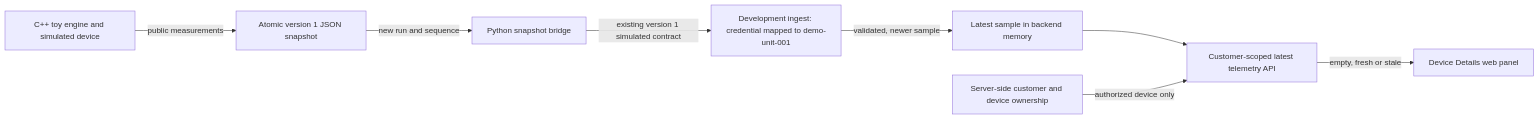
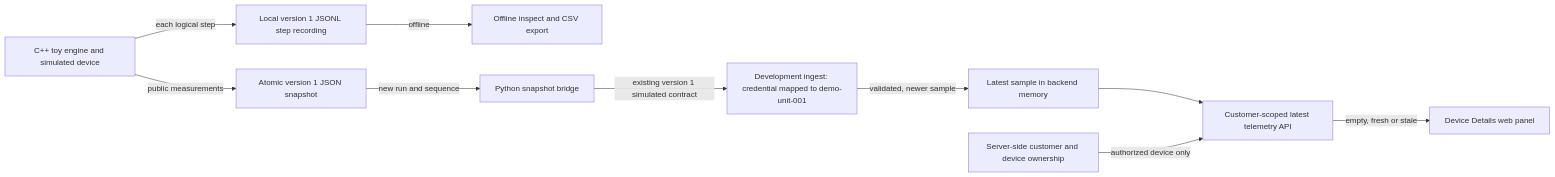
One commit to Maximus42-byte/Faradix-Software-Design changed the second of 4 diagrams in ARCHITECTURE_v0.1.md. Above: the diagram before and after it, drawn with Mermaid. The commit also changed other lines of this file and 14 other files, not shown here.

Commit message:
feat: add local simulation experiment recording

````diff
--- a/ARCHITECTURE_v0.1.md
+++ b/ARCHITECTURE_v0.1.md
@@ -108,19 +108,23 @@
 ```mermaid
 flowchart LR
     engine["C++ toy engine and simulated device"]
     snapshot["Atomic version 1 JSON snapshot"]
+    recording["Local version 1 JSONL step recording"]
+    offline["Offline inspect and CSV export"]
     bridge["Python snapshot bridge"]
     ingest["Development ingest: credential mapped to demo-unit-001"]
     latest["Latest sample in backend memory"]
     ownership["Server-side customer and device ownership"]
     read["Customer-scoped latest telemetry API"]
     panel["Device Details web panel"]
 
     engine -->|public measurements| snapshot
+    engine -->|each logical step| recording
+    recording -->|offline| offline
     snapshot -->|new run and sequence| bridge
     bridge -->|existing version 1 simulated contract| ingest
     ingest -->|validated, newer sample| latest
     latest --> read
     ownership -->|authorized device only| read
     read -->|empty, fresh or stale| panel
 ```
````
